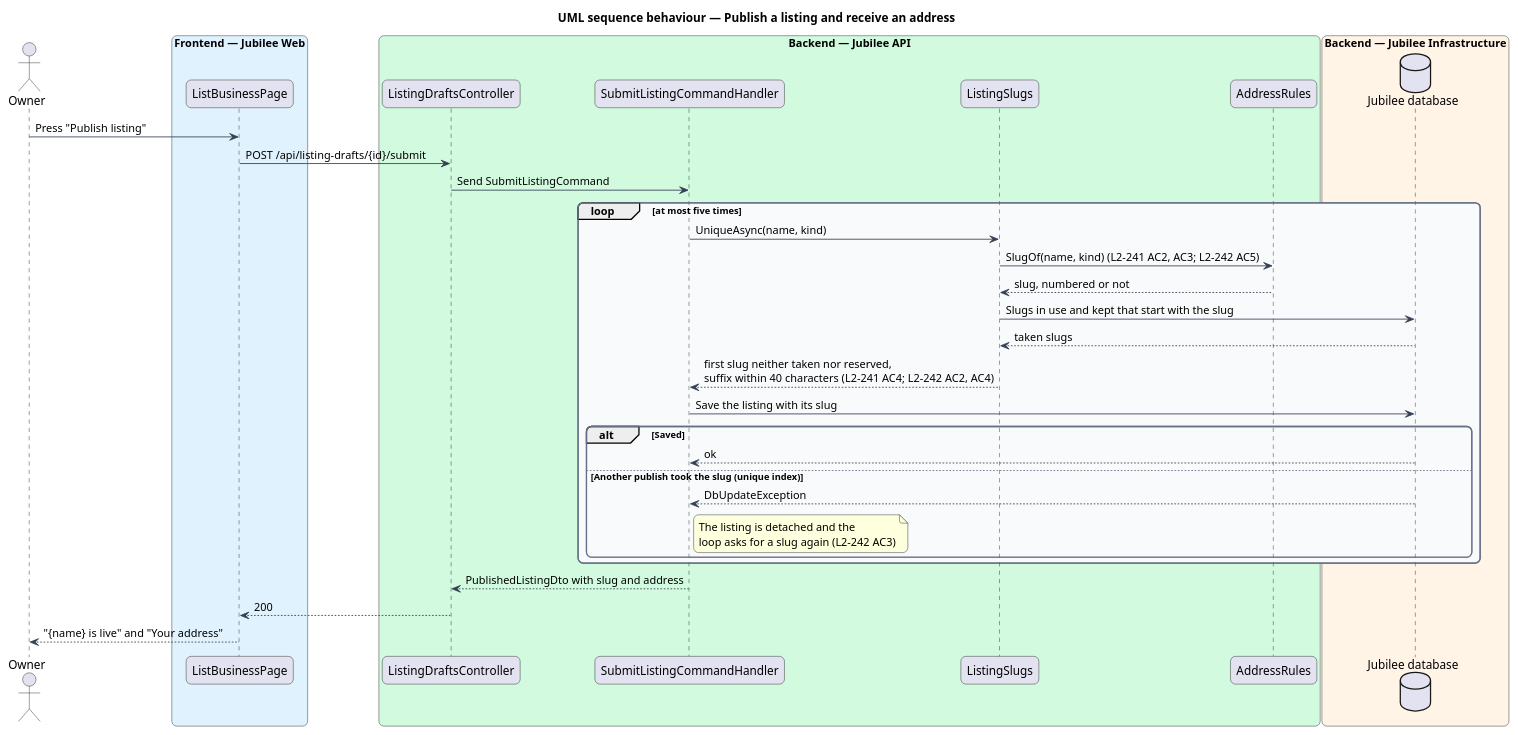
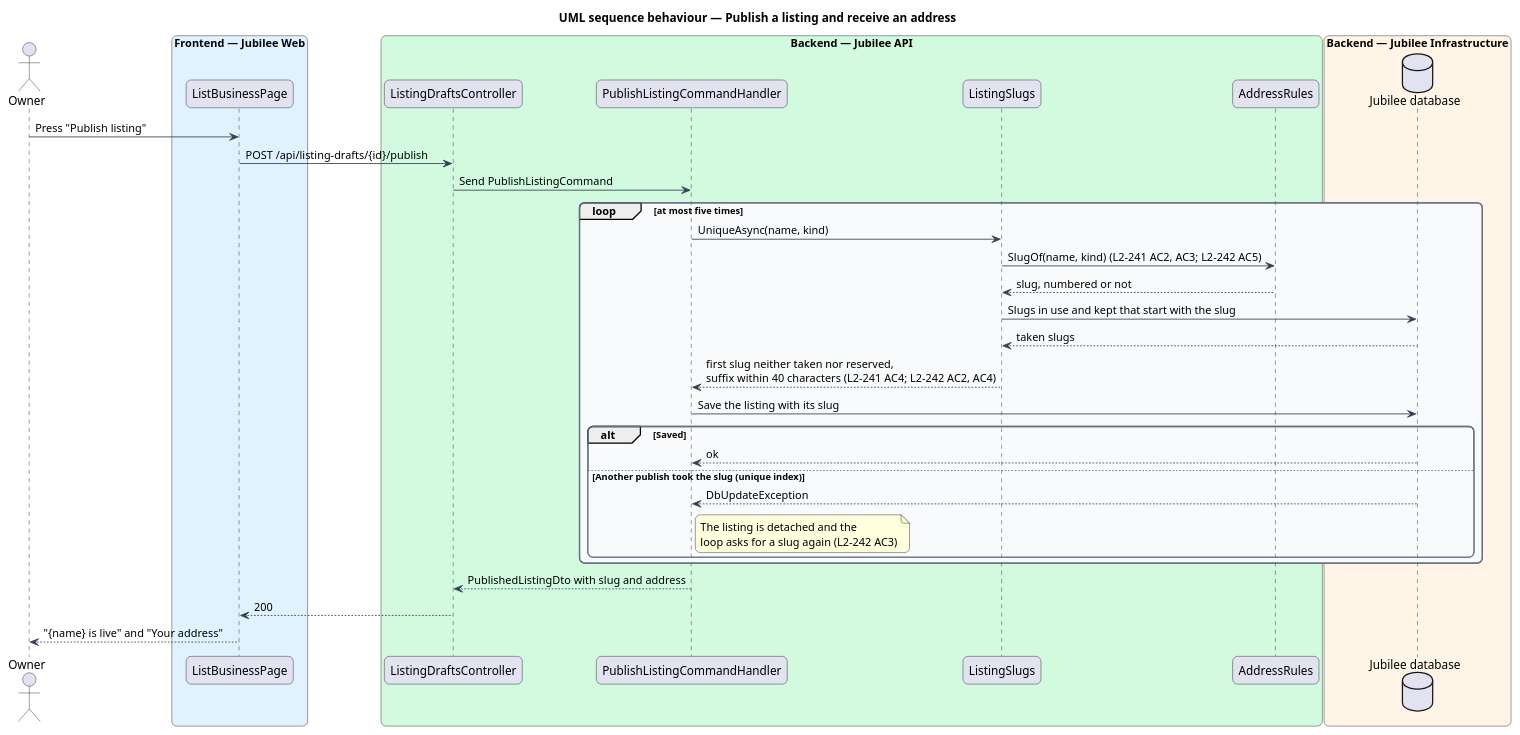
One commit to QuinntyneBrown/jubilee changed the diagram in docs/detailed-designs/listings/give-listing-an-address/diagrams/sequence-publish-listing.puml. Above: the diagram before and after it, drawn with PlantUML. The commit also changed 15 other files, not shown here.

```diff
--- a/docs/detailed-designs/listings/give-listing-an-address/diagrams/sequence-publish-listing.puml
+++ b/docs/detailed-designs/listings/give-listing-an-address/diagrams/sequence-publish-listing.puml
@@ -1,51 +1,51 @@
 @startuml
 title UML sequence behaviour — Publish a listing and receive an address
 skinparam backgroundColor #FFFFFF
 skinparam shadowing false
 skinparam roundcorner 12
 skinparam defaultFontName Arial
 skinparam ArrowColor #344054
 skinparam rectangle {
   BorderColor #344054
   FontColor #101828
 }
 skinparam package {
   BorderColor #667085
   FontColor #101828
   BackgroundColor #F9FAFB
 }
 actor "Owner" as owner
 box "Frontend — Jubilee Web" #E0F2FE
   participant "ListBusinessPage" as page
 end box
 box "Backend — Jubilee API" #D1FADF
   participant "ListingDraftsController" as controller
-  participant "SubmitListingCommandHandler" as handler
+  participant "PublishListingCommandHandler" as handler
   participant "ListingSlugs" as slugs
   participant "AddressRules" as rules
 end box
 box "Backend — Jubilee Infrastructure" #FFF4E5
   database "Jubilee database" as db
 end box
 owner -> page : Press "Publish listing"
-page -> controller : POST /api/listing-drafts/{id}/submit
-controller -> handler : Send SubmitListingCommand
+page -> controller : POST /api/listing-drafts/{id}/publish
+controller -> handler : Send PublishListingCommand
 loop at most five times
   handler -> slugs : UniqueAsync(name, kind)
   slugs -> rules : SlugOf(name, kind) (L2-241 AC2, AC3; L2-242 AC5)
   rules --> slugs : slug, numbered or not
   slugs -> db : Slugs in use and kept that start with the slug
   db --> slugs : taken slugs
   slugs --> handler : first slug neither taken nor reserved,\nsuffix within 40 characters (L2-241 AC4; L2-242 AC2, AC4)
   handler -> db : Save the listing with its slug
   alt Saved
     db --> handler : ok
   else Another publish took the slug (unique index)
     db --> handler : DbUpdateException
     note right of handler : The listing is detached and the\nloop asks for a slug again (L2-242 AC3)
   end
 end
 handler --> controller : PublishedListingDto with slug and address
 controller --> page : 200
 page --> owner : "{name} is live" and "Your address"
 @enduml
```
